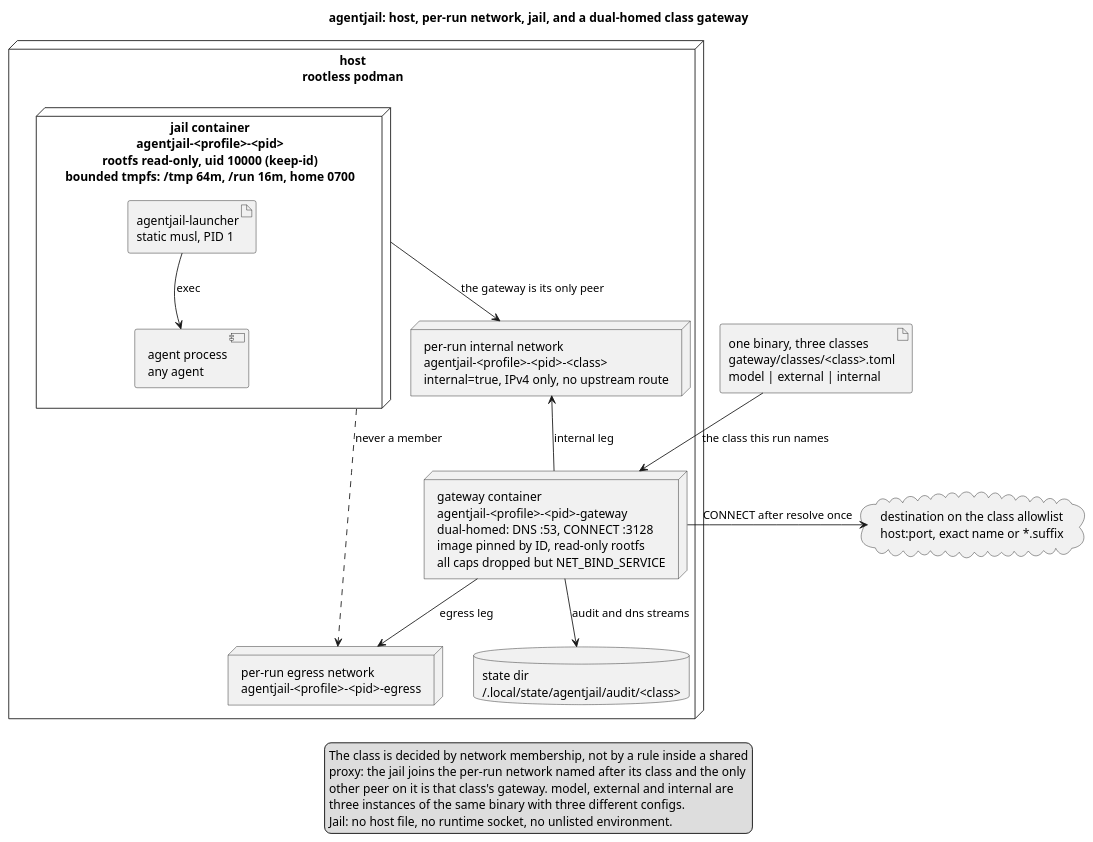
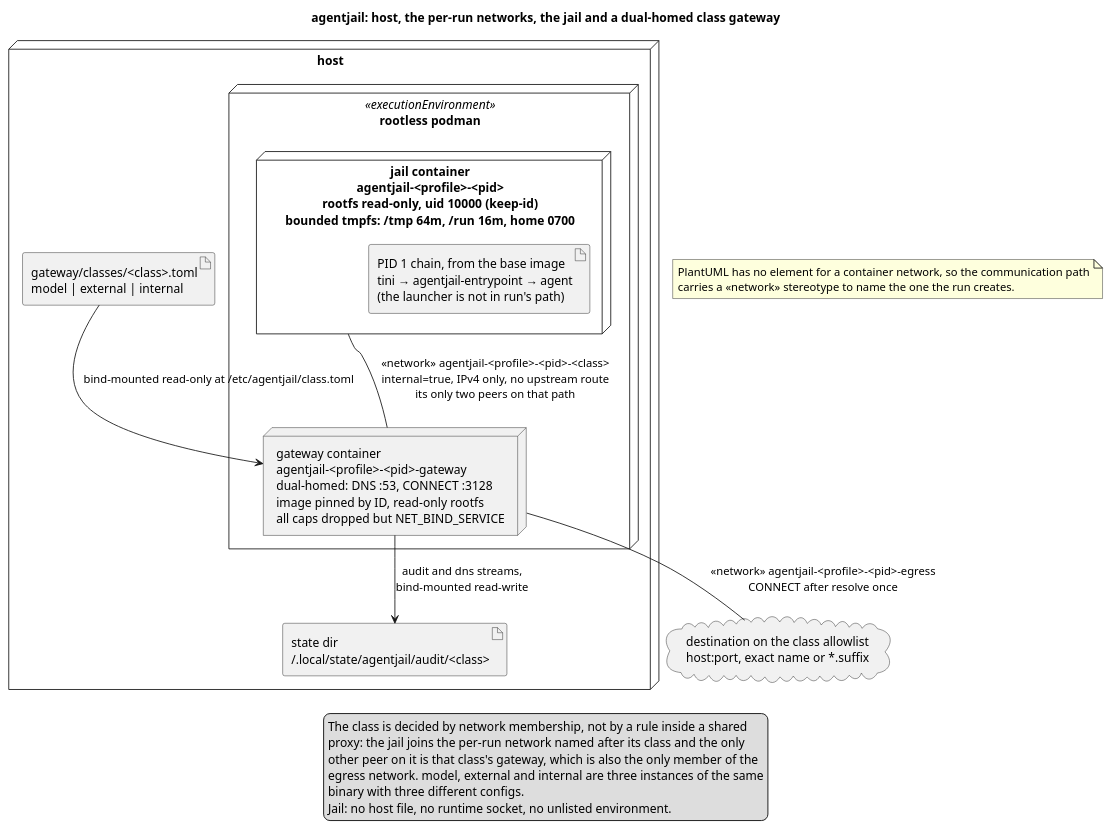
Before and after one commit to Breinich/agentjail: the diagram in docs/diagrams/deployment.puml, drawn with PlantUML. The commit also changed 11 other files, not shown here.

First line of the commit message:
diagrams: correct UML, and the facts the symbols asserted (#27)

```diff
--- a/docs/diagrams/deployment.puml
+++ b/docs/diagrams/deployment.puml
@@ -1,42 +1,42 @@
 @startuml deployment
-' UML deployment diagram: the topology of one run.
+' UML deployment diagram only: nodes, «executionEnvironment», «artifact» and
+' communication paths, and no other diagram or UML element type. A network is
+' a path between deployed elements, never an element of its own.
 ' Source of record for docs/diagrams/deployment.svg. Do not edit the SVG:
 ' render it with the pinned PlantUML image (docs/adopting.md).
 ' &#45;&#45; is a literal "--": PlantUML reads --text-- as strikeout.
-title agentjail: host, per-run network, jail, and a dual-homed class gateway
+title agentjail: host, the per-run networks, the jail and a dual-homed class gateway
 
-node "host\nrootless podman" as host {
-  node "jail container\nagentjail-<profile>-<pid>\nrootfs read-only, uid 10000 (keep-id)\nbounded tmpfs: /tmp 64m, /run 16m, home 0700" as jail {
-    artifact "agentjail-launcher\nstatic musl, PID 1" as launcher
-    component "agent process\nany agent" as agent
+node "host" as host {
+  node "rootless podman" <<executionEnvironment>> as runtime {
+    node "jail container\nagentjail-<profile>-<pid>\nrootfs read-only, uid 10000 (keep-id)\nbounded tmpfs: /tmp 64m, /run 16m, home 0700" as jail {
+      artifact "PID 1 chain, from the base image\ntini → agentjail-entrypoint → agent\n(the launcher is not in run's path)" as init
+    }
+    node "gateway container\nagentjail-<profile>-<pid>-gateway\ndual-homed: DNS :53, CONNECT :3128\nimage pinned by ID, read-only rootfs\nall caps dropped but NET_BIND_SERVICE" as gateway
   }
 
-  node "per-run internal network\nagentjail-<profile>-<pid>-<class>\ninternal=true, IPv4 only, no upstream route" as internal
-
-  node "gateway container\nagentjail-<profile>-<pid>-gateway\ndual-homed: DNS :53, CONNECT :3128\nimage pinned by ID, read-only rootfs\nall caps dropped but NET_BIND_SERVICE" as gateway
-
-  node "per-run egress network\nagentjail-<profile>-<pid>-egress" as egress
-
-  database "state dir\n~/.local/state/agentjail/audit/<class>" as state
+  artifact "gateway/classes/<class>.toml\nmodel | external | internal" as classcfg
+  artifact "state dir\n~/.local/state/agentjail/audit/<class>" as state
 }
 
-artifact "one binary, three classes\ngateway/classes/<class>.toml\nmodel | external | internal" as classcfg
 cloud "destination on the class allowlist\nhost:port, exact name or *.suffix" as destination
 
-launcher --> agent : exec
-jail -down-> internal : the gateway is its only peer
-gateway -up-> internal : internal leg
-gateway -down-> egress : egress leg
-gateway -down-> state : audit and dns streams
-gateway -right-> destination : CONNECT after resolve once
-classcfg -down-> gateway : the class this run names
-jail ..> egress : never a member
+classcfg --> gateway : bind-mounted read-only at /etc/agentjail/class.toml
+jail -- gateway : «network» agentjail-<profile>-<pid>-<class>\ninternal=true, IPv4 only, no upstream route\nits only two peers on that path
+gateway -- destination : «network» agentjail-<profile>-<pid>-egress\nCONNECT after resolve once
+gateway --> state : audit and dns streams,\nbind-mounted read-write
+
+note as netnote
+  PlantUML has no element for a container network, so the communication path
+  carries a «network» stereotype to name the one the run creates.
+end note
 
 legend bottom
   The class is decided by network membership, not by a rule inside a shared
   proxy: the jail joins the per-run network named after its class and the only
-  other peer on it is that class's gateway. model, external and internal are
-  three instances of the same binary with three different configs.
+  other peer on it is that class's gateway, which is also the only member of the
+  egress network. model, external and internal are three instances of the same
+  binary with three different configs.
   Jail: no host file, no runtime socket, no unlisted environment.
 endlegend
 @enduml
```
